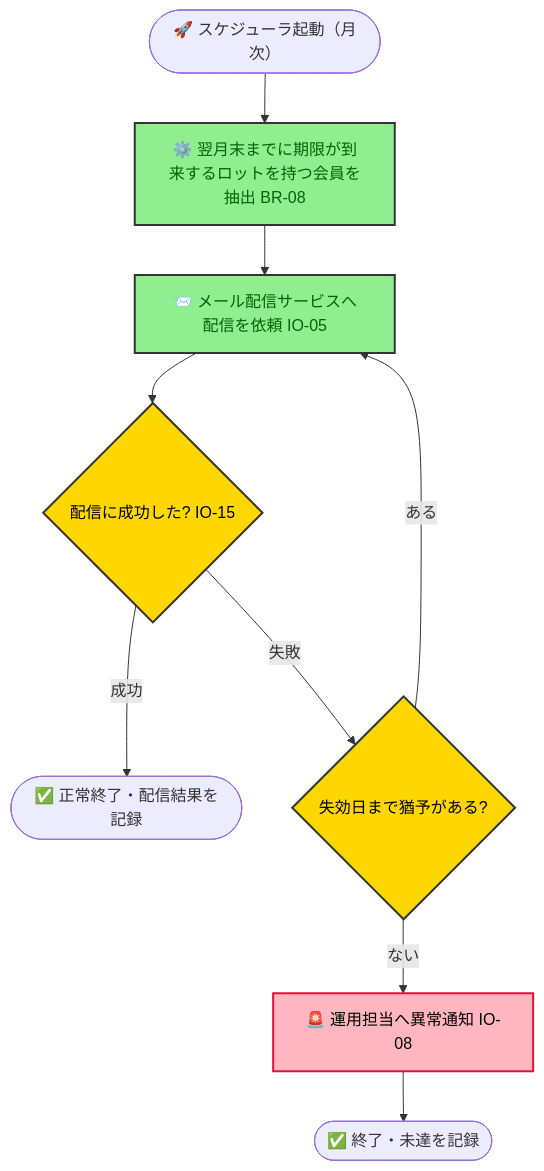
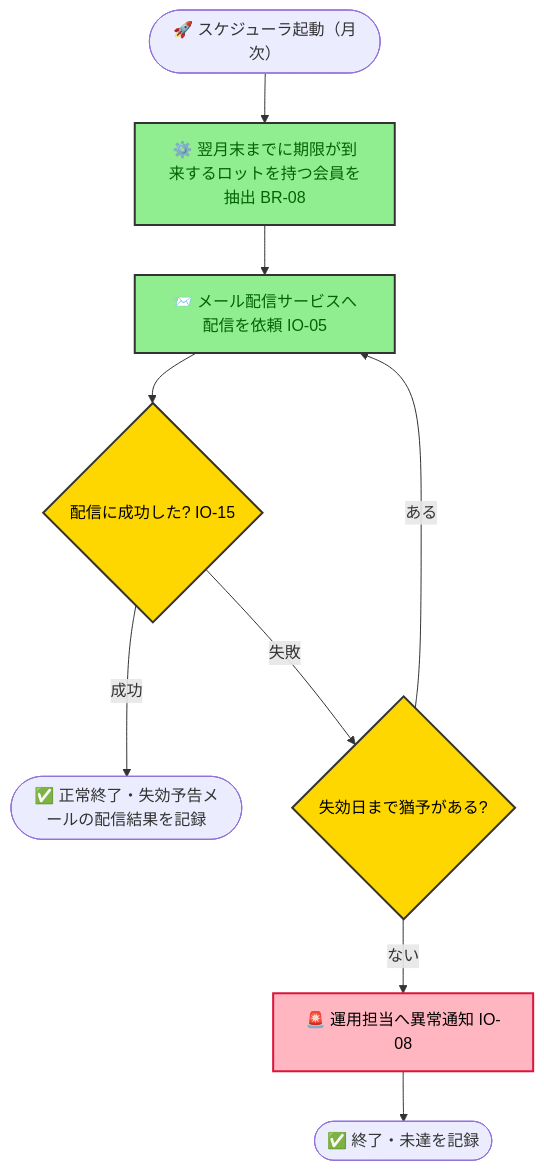
One commit to kasiopeiya/claude-dev-template changed diagram 12 of 13 in samples/docs/requirements.md. Above: the diagram before and after it, drawn with Mermaid. The commit also changed other lines of this file, not shown here.

````diff
--- a/samples/docs/requirements.md
+++ b/samples/docs/requirements.md
@@ -1026,18 +1026,18 @@
 ```mermaid
 flowchart TD
     start([🚀 スケジューラ起動（月次）]) --> load[⚙️ 翌月末までに期限が到来するロットを持つ会員を抽出 BR-08]
     load --> send[📨 メール配信サービスへ配信を依頼 IO-05]
     send --> result{配信に成功した? IO-15}
-    result -->|成功| done([✅ 正常終了・配信結果を記録])
+    result -->|成功| done([✅ 正常終了・失効予告メールの配信結果を記録])
     result -->|失敗| grace{失効日まで猶予がある?}
     grace -->|ある| send
     grace -->|ない| alert[🚨 運用担当へ異常通知 IO-08]
     alert --> done2([✅ 終了・未達を記録])
 
     classDef step fill:#90EE90,stroke:#333,stroke-width:2px,color:darkgreen
     classDef decision fill:#FFD700,stroke:#333,stroke-width:2px,color:black
     classDef error fill:#FFB6C1,stroke:#DC143C,stroke-width:2px,color:black
     class load,send step
     class result,grace decision
     class alert error
 ```
````
